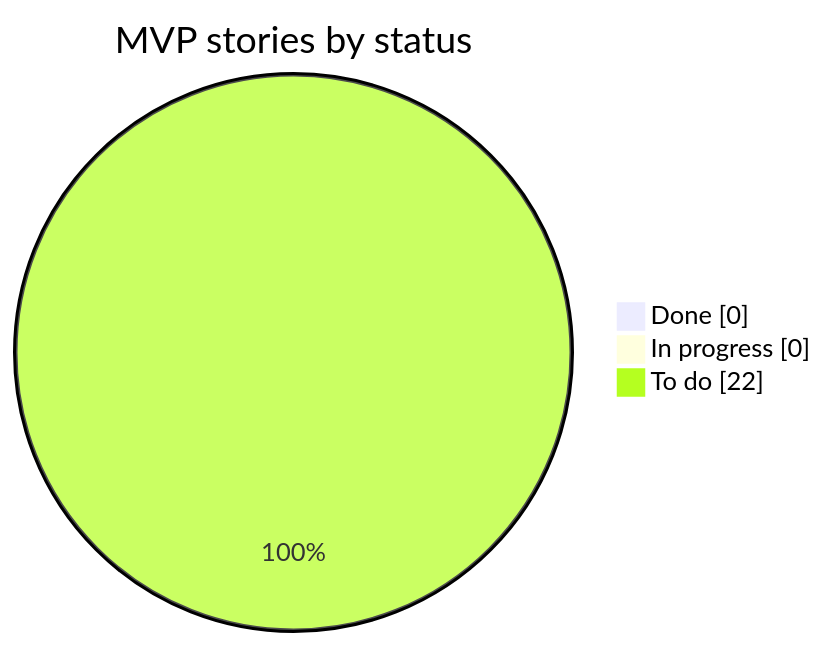
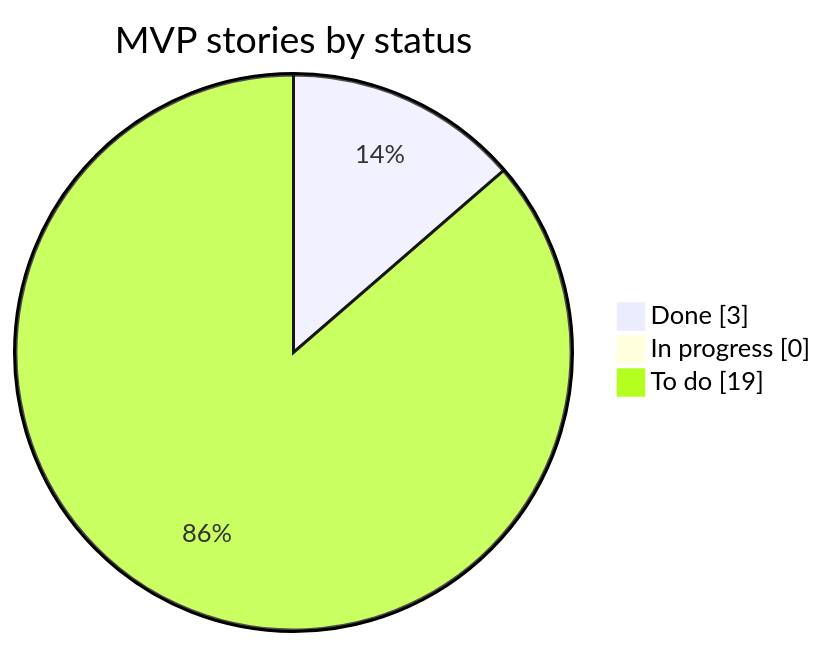
The third of 3 diagrams in docs/04-roadmap.md (gabriel-bolbotina/Simplr), drawn with Mermaid before and after one commit. The commit also changed 4 other files, not shown here.

````diff
--- a/docs/04-roadmap.md
+++ b/docs/04-roadmap.md
@@ -59,7 +59,7 @@
 ```mermaid
 pie showData
     title MVP stories by status
-    "Done" : 0
+    "Done" : 3
     "In progress" : 0
-    "To do" : 22
+    "To do" : 19
 ```
````
